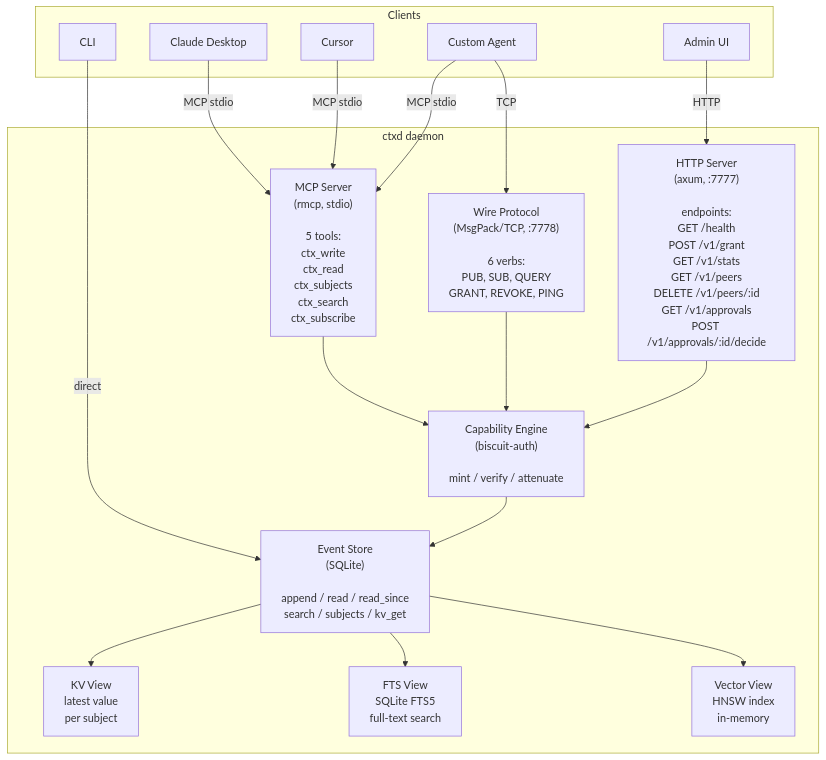
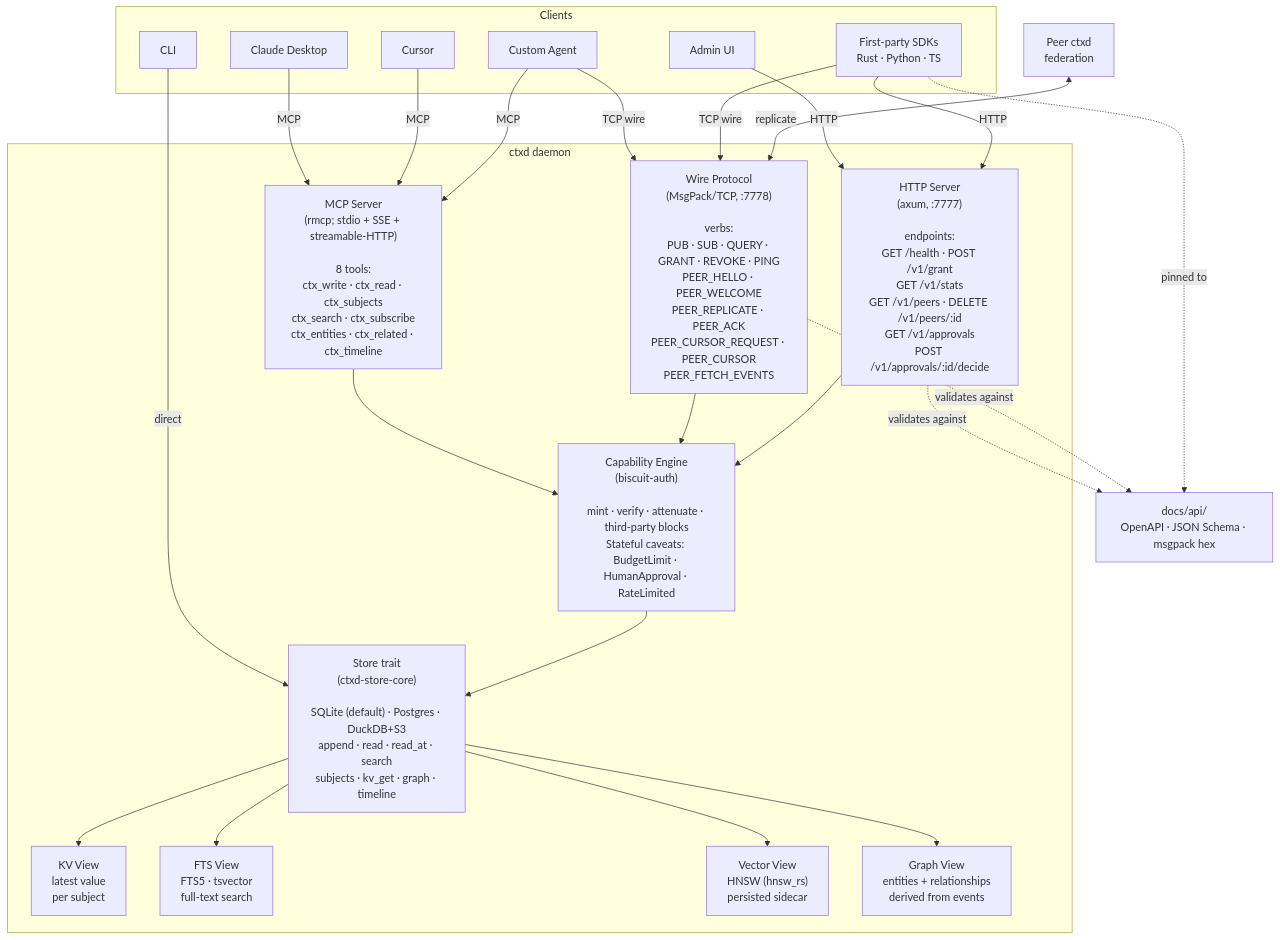
Before and after one commit to keeprlabs/ctxd: the first of 7 diagrams in docs/architecture.md, drawn with Mermaid. The commit also changed other lines of this file and 13 other files, not shown here.

First line of the commit message:
feat(cap)+docs: persistent rate-limit state + launch-ready polish (SDK milestone PR 6) (#9)

````diff
--- a/docs/architecture.md
+++ b/docs/architecture.md
@@ -15,33 +15,44 @@
 ```mermaid
 flowchart TB
     subgraph Clients
         CD[Claude Desktop]
         CU[Cursor]
         CA[Custom Agent]
         CLI[CLI]
         ADM[Admin UI]
+        SDK["First-party SDKs<br/>Rust · Python · TS"]
     end
 
     subgraph "ctxd daemon"
-        MCP["MCP Server\n(rmcp, stdio)\n\n5 tools:\nctx_write\nctx_read\nctx_subjects\nctx_search\nctx_subscribe"]
-        WIRE["Wire Protocol\n(MsgPack/TCP, :7778)\n\n6 verbs:\nPUB, SUB, QUERY\nGRANT, REVOKE, PING"]
-        HTTP["HTTP Server\n(axum, :7777)\n\nendpoints:\nGET /health\nPOST /v1/grant\nGET /v1/stats\nGET /v1/peers\nDELETE /v1/peers/:id\nGET /v1/approvals\nPOST /v1/approvals/:id/decide"]
+        MCP["MCP Server<br/>(rmcp; stdio + SSE + streamable-HTTP)<br/><br/>8 tools:<br/>ctx_write · ctx_read · ctx_subjects<br/>ctx_search · ctx_subscribe<br/>ctx_entities · ctx_related · ctx_timeline"]
+        WIRE["Wire Protocol<br/>(MsgPack/TCP, :7778)<br/><br/>verbs:<br/>PUB · SUB · QUERY · GRANT · REVOKE · PING<br/>PEER_HELLO · PEER_WELCOME<br/>PEER_REPLICATE · PEER_ACK<br/>PEER_CURSOR_REQUEST · PEER_CURSOR<br/>PEER_FETCH_EVENTS"]
+        HTTP["HTTP Server<br/>(axum, :7777)<br/><br/>endpoints:<br/>GET /health · POST /v1/grant<br/>GET /v1/stats<br/>GET /v1/peers · DELETE /v1/peers/:id<br/>GET /v1/approvals<br/>POST /v1/approvals/:id/decide"]
 
-        CAP["Capability Engine\n(biscuit-auth)\n\nmint / verify / attenuate"]
+        CAP["Capability Engine<br/>(biscuit-auth)<br/><br/>mint · verify · attenuate · third-party blocks<br/>Stateful caveats: BudgetLimit · HumanApproval · RateLimited"]
 
-        STORE["Event Store\n(SQLite)\n\nappend / read / read_since\nsearch / subjects / kv_get"]
+        STORE["Store trait<br/>(ctxd-store-core)<br/><br/>SQLite (default) · Postgres · DuckDB+S3<br/>append · read · read_at · search<br/>subjects · kv_get · graph · timeline"]
 
-        KV["KV View\nlatest value\nper subject"]
-        FTS["FTS View\nSQLite FTS5\nfull-text search"]
-        VEC["Vector View\nHNSW index\nin-memory"]
+        KV["KV View<br/>latest value<br/>per subject"]
+        FTS["FTS View<br/>FTS5 · tsvector<br/>full-text search"]
+        VEC["Vector View<br/>HNSW (hnsw_rs)<br/>persisted sidecar"]
+        GRAPH["Graph View<br/>entities + relationships<br/>derived from events"]
     end
 
-    CD & CU & CA -->|MCP stdio| MCP
+    PEER["Peer ctxd<br/>federation"]
+    API["docs/api/<br/>OpenAPI · JSON Schema · msgpack hex"]
+
+    CD & CU & CA -->|MCP| MCP
     CLI -->|direct| STORE
     ADM -->|HTTP| HTTP
-    CA -->|TCP| WIRE
+    CA & SDK -->|TCP wire| WIRE
+    SDK -->|HTTP| HTTP
+
+    PEER <-->|replicate| WIRE
 
     MCP & WIRE & HTTP --> CAP
     CAP --> STORE
-    STORE --> KV & FTS & VEC
+    STORE --> KV & FTS & VEC & GRAPH
+
+    SDK -. "pinned to" .-> API
+    HTTP & WIRE -. "validates against" .-> API
 ```
````
